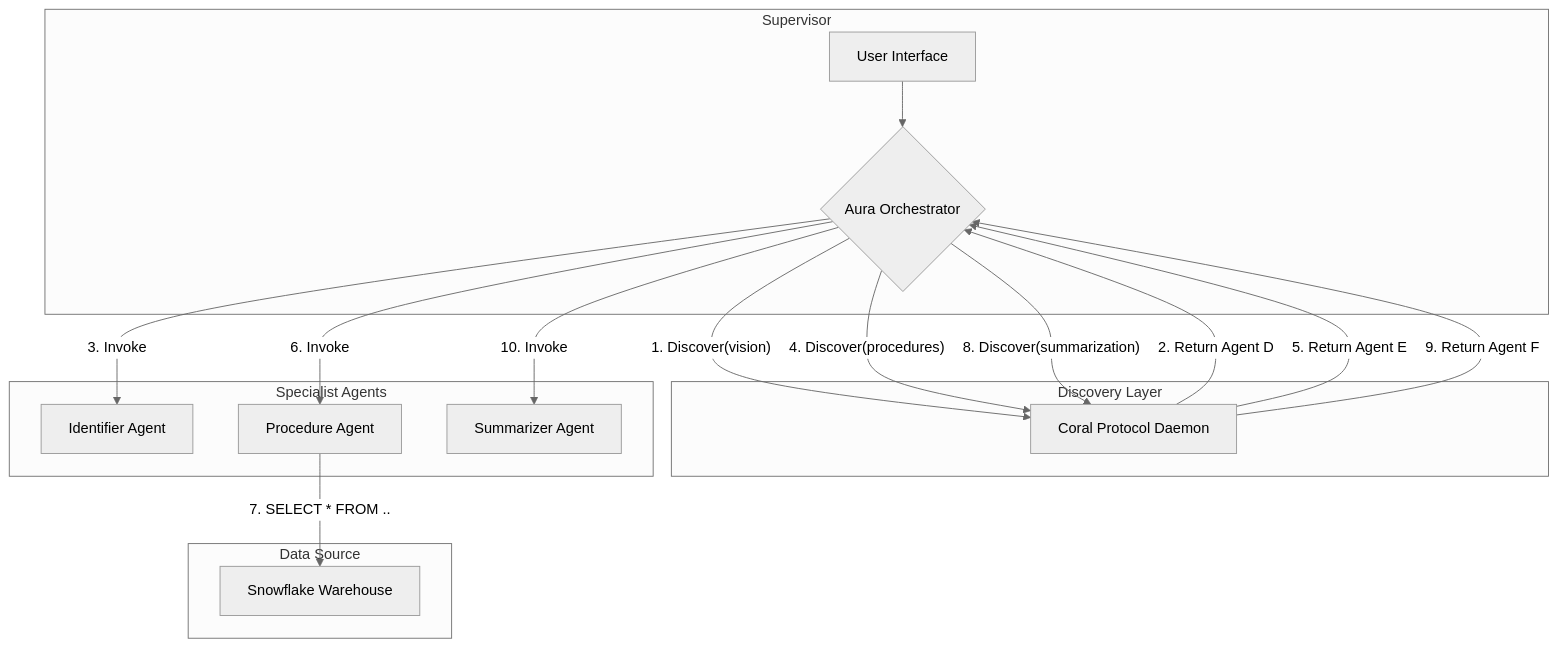
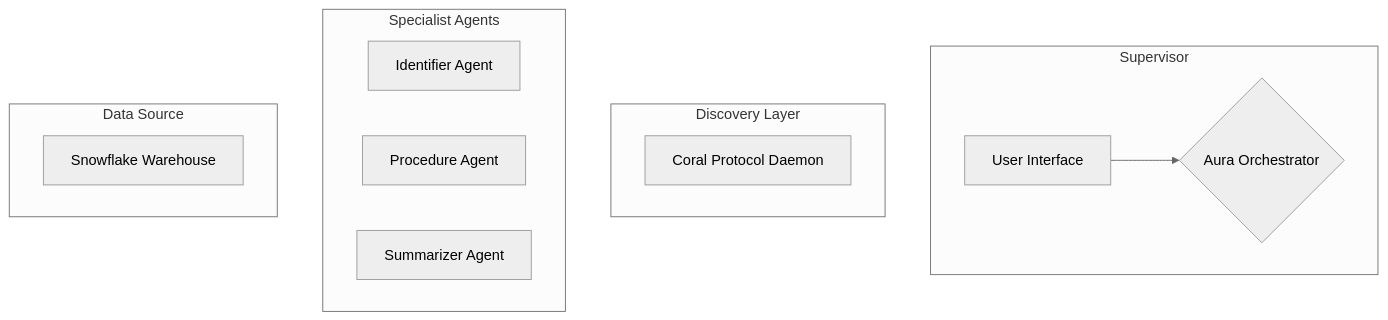
Before and after one commit to Nabil-Mabrouk/Aura: the diagram in README.md, drawn with Mermaid (neutral theme).

Commit message:
Day 1 - corrections to Readme.md file

````diff
--- a/README.md
+++ b/README.md
@@ -50,33 +50,20 @@
 ```mermaid
 graph TD
     subgraph Supervisor
         A[User Interface] --> B{Aura Orchestrator};
     end
 
     subgraph Discovery Layer
         C[Coral Protocol Daemon]
     end
     
     subgraph Specialist Agents
         D[Identifier Agent];
         E[Procedure Agent];
         F[Summarizer Agent];
     end
     
     subgraph Data Source
         G[Snowflake Warehouse]
     end
-
-    B -- "1. Discover(vision)" --> C;
-    C -- "2. Return Agent D" --> B;
-    B -- "3. Invoke" --> D;
-    
-    B -- "4. Discover(procedures)" --> C;
-    C -- "5. Return Agent E" --> B;
-    B -- "6. Invoke" --> E;
-    E -- "7. SELECT * FROM .." --> G;
-    
-    B -- "8. Discover(summarization)" --> C;
-    C -- "9. Return Agent F" --> B;
-    B -- "10. Invoke" --> F;
 ```
````
